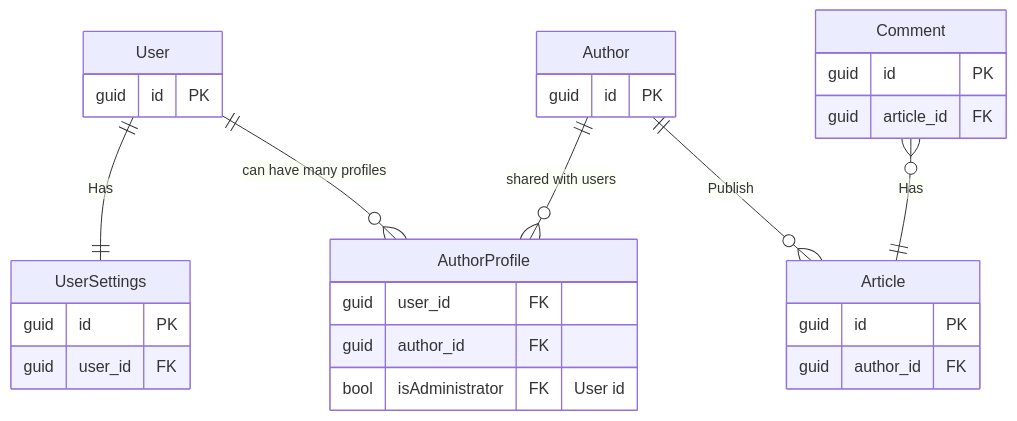
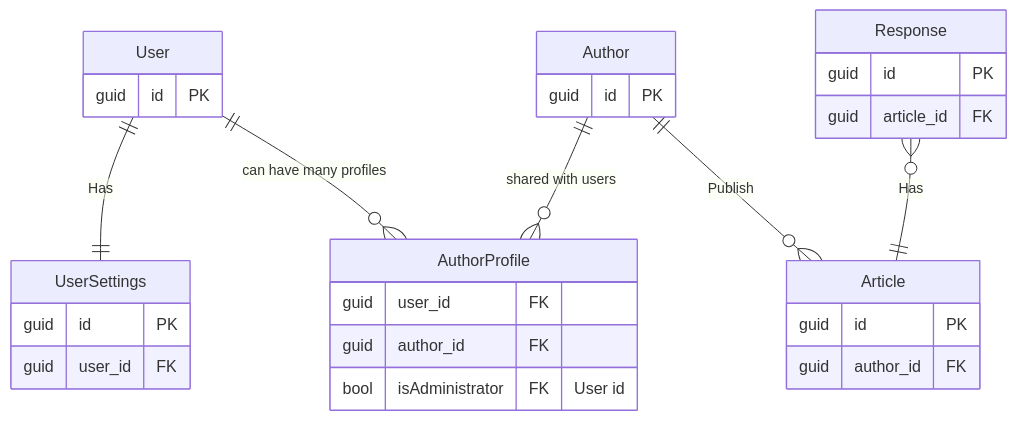
The diagram in readme.md (NMillard/advanced-ef-course), drawn with Mermaid before and after one commit. The commit also changed 56 other files, not shown here.

````diff
--- a/readme.md
+++ b/readme.md
@@ -40,36 +40,36 @@
 ```mermaid
 erDiagram
     User {
         guid id PK
     }
 
     User ||--|| UserSettings: Has
     UserSettings {
         guid id PK
         guid user_id FK
     }
 
     User ||--o{ AuthorProfile: "can have many profiles"
     Author ||--o{ AuthorProfile: "shared with users"
     AuthorProfile {
         guid user_id FK
         guid author_id FK
         bool isAdministrator FK "User id"
     }
 
     Author {
         guid id PK
     }
 
     Author ||--o{ Article: Publish
     Article {
         guid id PK
         guid author_id FK
     }
 
-    Comment {
+    Response {
         guid id PK
         guid article_id FK
     }
-    Comment }o--|| Article: Has
+    Response }o--|| Article: Has
 ```
````
